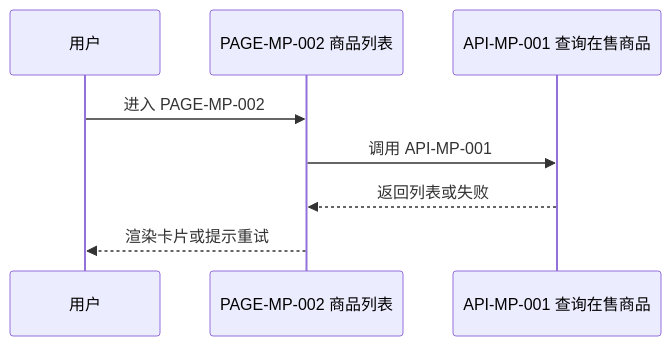
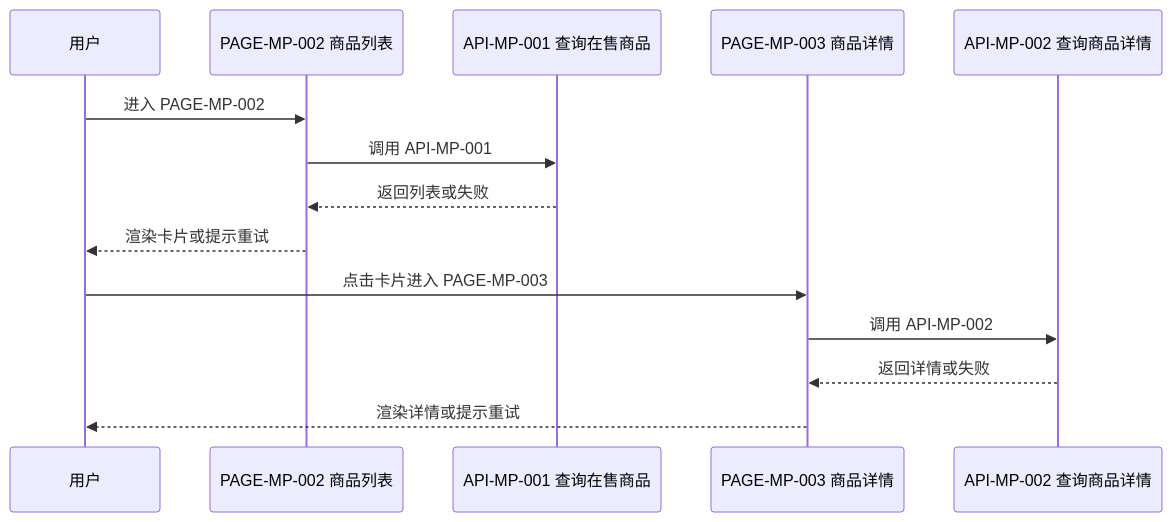
The first of 2 diagrams in examples/mini-shop/feature/FEATURE-001.md (NingYuanLee/lny-prd-master), drawn with Mermaid before and after one commit. The commit also changed other lines of this file and 91 other files, not shown here.

````diff
--- a/examples/mini-shop/feature/FEATURE-001.md
+++ b/examples/mini-shop/feature/FEATURE-001.md
@@ -46,10 +47,16 @@
 ```mermaid
 sequenceDiagram
     participant User as 用户
     participant UI_MP_002 as PAGE-MP-002 商品列表
     participant API_MP_001 as API-MP-001 查询在售商品
+    participant UI_MP_003 as PAGE-MP-003 商品详情
+    participant API_MP_002 as API-MP-002 查询商品详情
     User->>UI_MP_002: 进入 PAGE-MP-002
     UI_MP_002->>API_MP_001: 调用 API-MP-001
     API_MP_001-->>UI_MP_002: 返回列表或失败
     UI_MP_002-->>User: 渲染卡片或提示重试
+    User->>UI_MP_003: 点击卡片进入 PAGE-MP-003
+    UI_MP_003->>API_MP_002: 调用 API-MP-002
+    API_MP_002-->>UI_MP_003: 返回详情或失败
+    UI_MP_003-->>User: 渲染详情或提示重试
 ```
````
